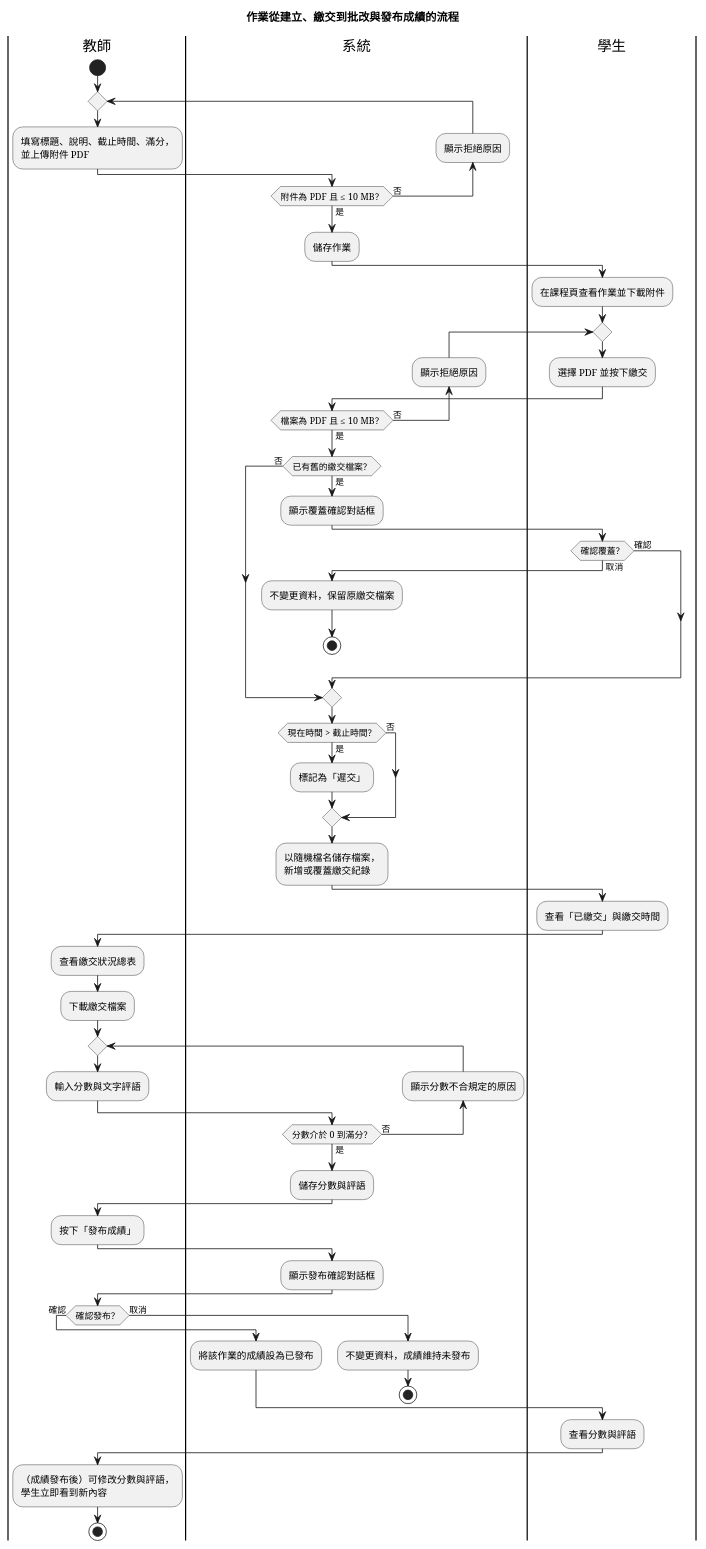
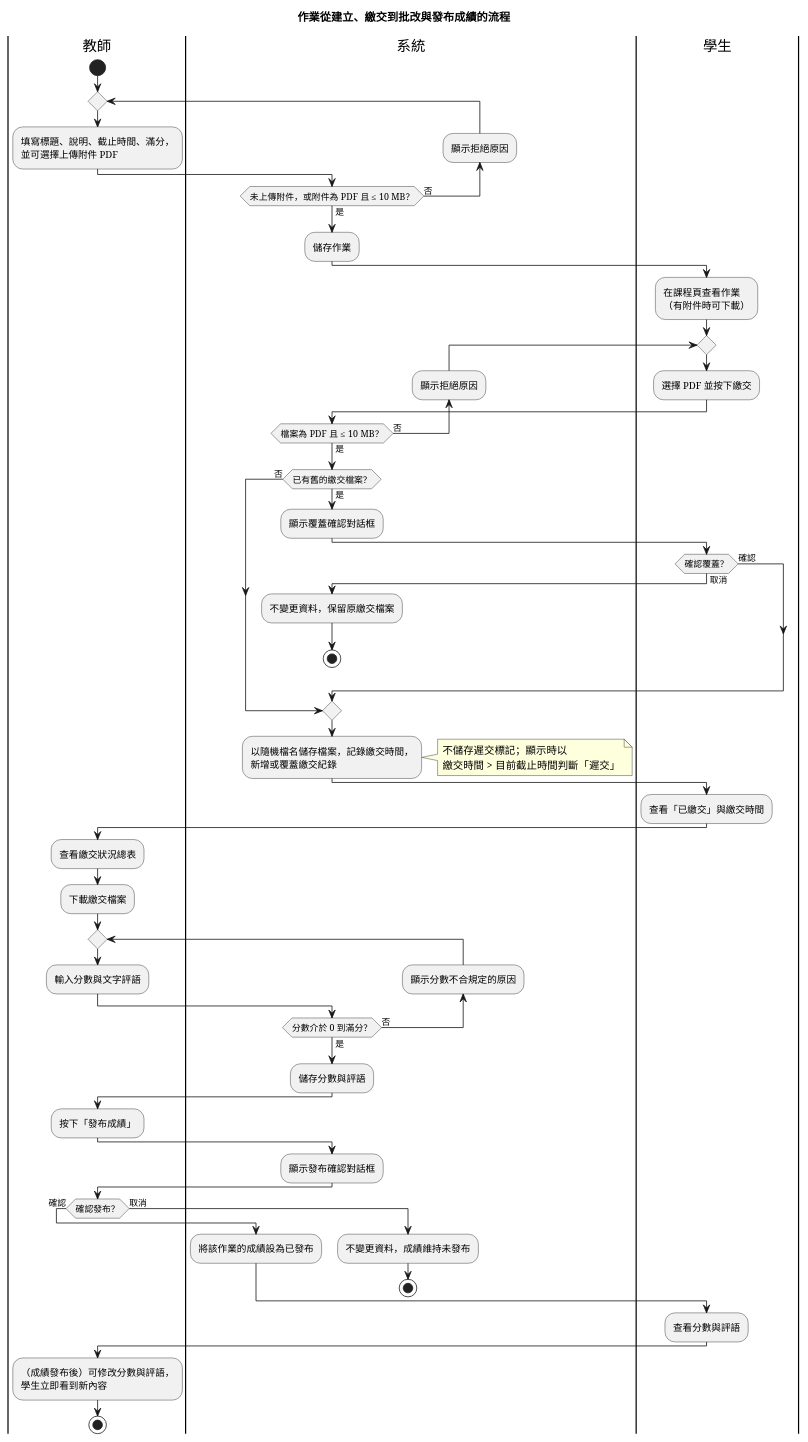
The diagram in uml/puml/activity.puml (mini-moodle-team/mini-moodle-waterfall), drawn with PlantUML before and after one commit. The commit also changed 7 other files, not shown here.

Commit message:
Added architecture document and updated uml for design decisions

```diff
--- a/uml/puml/activity.puml
+++ b/uml/puml/activity.puml
@@ -1,68 +1,68 @@
 @startuml
 skinparam shadowing false
 title 作業從建立、繳交到批改與發布成績的流程
 |教師|
 start
 repeat
-  :填寫標題、說明、截止時間、滿分，\n並上傳附件 PDF;
+  :填寫標題、說明、截止時間、滿分，\n並可選擇上傳附件 PDF;
   |系統|
   backward:顯示拒絕原因;
-repeat while (附件為 PDF 且 ≤ 10 MB？) is (否) not (是)
+repeat while (未上傳附件，或附件為 PDF 且 ≤ 10 MB？) is (否) not (是)
 :儲存作業;
 
 |學生|
-:在課程頁查看作業並下載附件;
+:在課程頁查看作業\n（有附件時可下載）;
 repeat
   :選擇 PDF 並按下繳交;
   |系統|
   backward:顯示拒絕原因;
 repeat while (檔案為 PDF 且 ≤ 10 MB？) is (否) not (是)
 |系統|
 if (已有舊的繳交檔案？) then (是)
   :顯示覆蓋確認對話框;
   |學生|
   if (確認覆蓋？) then (確認)
     |系統|
   else (取消)
     |系統|
     :不變更資料，保留原繳交檔案;
     stop
   endif
 else (否)
 endif
-if (現在時間 > 截止時間？) then (是)
-  :標記為「遲交」;
-else (否)
-endif
-:以隨機檔名儲存檔案，\n新增或覆蓋繳交紀錄;
+:以隨機檔名儲存檔案，記錄繳交時間，\n新增或覆蓋繳交紀錄;
+note right
+  不儲存遲交標記；顯示時以
+  繳交時間 > 目前截止時間判斷「遲交」
+end note
 |學生|
 :查看「已繳交」與繳交時間;
 
 |教師|
 :查看繳交狀況總表;
 :下載繳交檔案;
 repeat
   :輸入分數與文字評語;
   |系統|
   backward:顯示分數不合規定的原因;
 repeat while (分數介於 0 到滿分？) is (否) not (是)
 :儲存分數與評語;
 |教師|
 :按下「發布成績」;
 |系統|
 :顯示發布確認對話框;
 |教師|
 if (確認發布？) then (確認)
   |系統|
   :將該作業的成績設為已發布;
 else (取消)
   |系統|
   :不變更資料，成績維持未發布;
   stop
 endif
 |學生|
 :查看分數與評語;
 |教師|
 :（成績發布後）可修改分數與評語，\n學生立即看到新內容;
 stop
 @enduml
```
